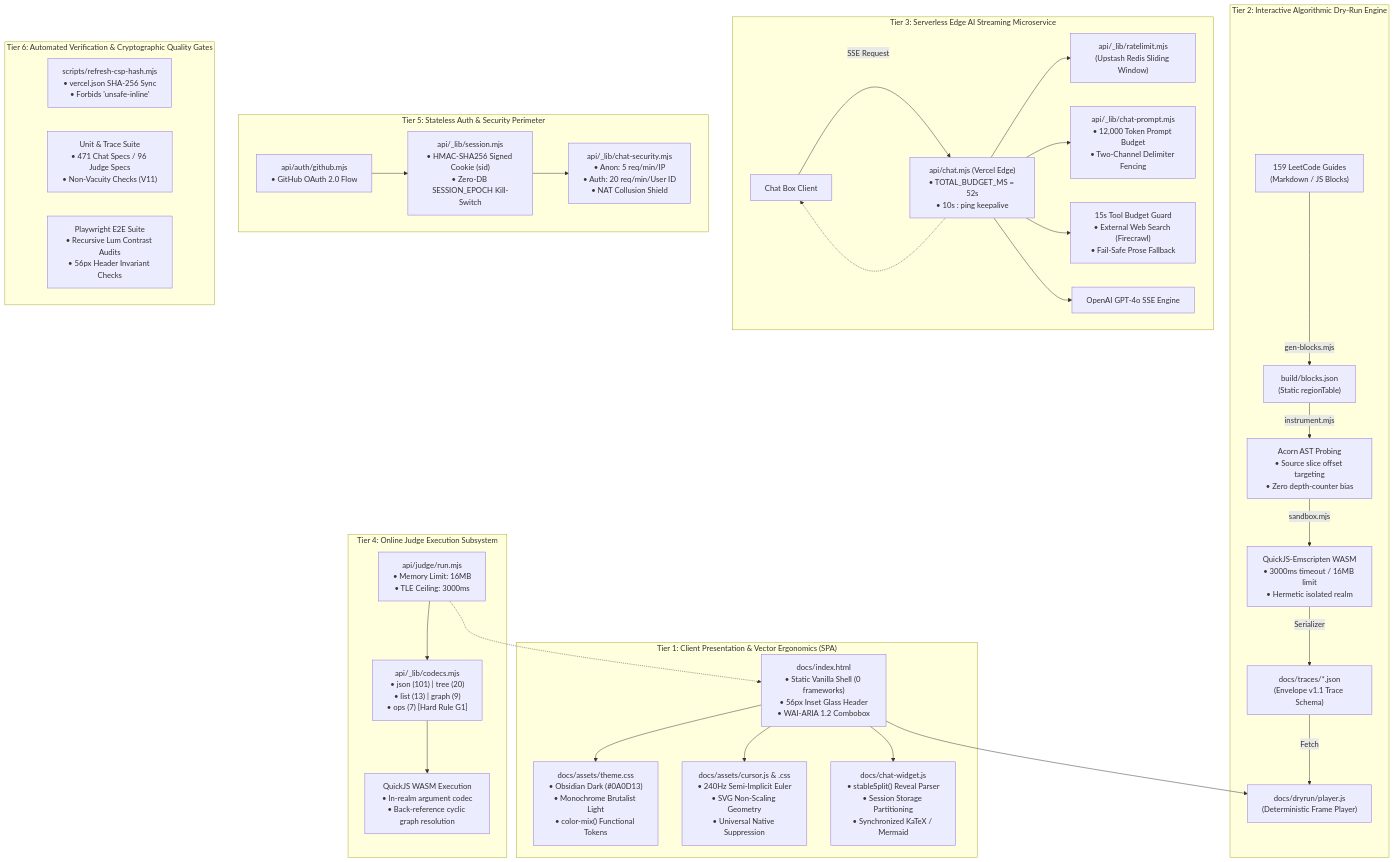
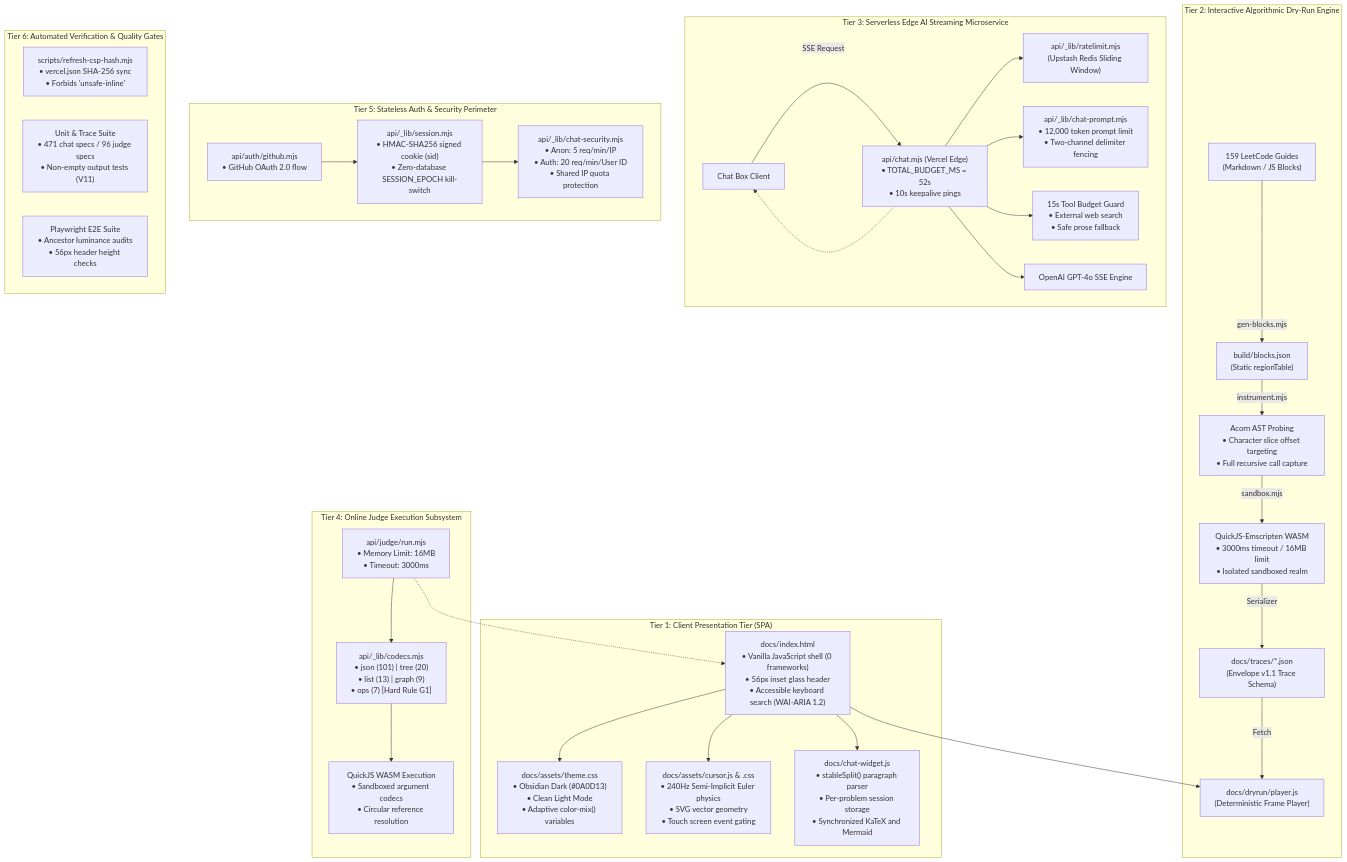
One commit to mjzd7/leetcode-top-interview-150-javascript changed the first of 3 diagrams in docs/PROJECT_ARCHITECTURE_AND_DECISIONS.md. Above: the diagram before and after it, drawn with Mermaid. The commit also changed other lines of this file and 14 other files, not shown here.

Commit message:
feat(arch): humanize architecture suite and achieve full nav & chat parity

````diff
--- a/docs/PROJECT_ARCHITECTURE_AND_DECISIONS.md
+++ b/docs/PROJECT_ARCHITECTURE_AND_DECISIONS.md
@@ -33,48 +33,48 @@
 ```mermaid
 flowchart TD
-  subgraph Client ["Tier 1: Client Presentation & Vector Ergonomics (SPA)"]
-    HTML["docs/index.html<br/>• Static Vanilla Shell (0 frameworks)<br/>• 56px Inset Glass Header<br/>• WAI-ARIA 1.2 Combobox"]
-    Theme["docs/assets/theme.css<br/>• Obsidian Dark (#0A0D13)<br/>• Monochrome Brutalist Light<br/>• color-mix() Functional Tokens"]
-    Cursor["docs/assets/cursor.js & .css<br/>• 240Hz Semi-Implicit Euler<br/>• SVG Non-Scaling Geometry<br/>• Universal Native Suppression"]
-    ChatWidget["docs/chat-widget.js<br/>• stableSplit() Reveal Parser<br/>• Session Storage Partitioning<br/>• Synchronized KaTeX / Mermaid"]
+  subgraph Client ["Tier 1: Client Presentation Tier (SPA)"]
+    HTML["docs/index.html<br/>• Vanilla JavaScript shell (0 frameworks)<br/>• 56px inset glass header<br/>• Accessible keyboard search (WAI-ARIA 1.2)"]
+    Theme["docs/assets/theme.css<br/>• Obsidian Dark (#0A0D13)<br/>• Clean Light Mode<br/>• Adaptive color-mix() variables"]
+    Cursor["docs/assets/cursor.js & .css<br/>• 240Hz Semi-Implicit Euler physics<br/>• SVG vector geometry<br/>• Touch screen event gating"]
+    ChatWidget["docs/chat-widget.js<br/>• stableSplit() paragraph parser<br/>• Per-problem session storage<br/>• Synchronized KaTeX and Mermaid"]
   end
 
   subgraph DryRun ["Tier 2: Interactive Algorithmic Dry-Run Engine"]
     MarkdownGuides["159 LeetCode Guides<br/>(Markdown / JS Blocks)"] -->|gen-blocks.mjs| BlocksJSON["build/blocks.json<br/>(Static regionTable)"]
-    BlocksJSON -->|instrument.mjs| ASTProbe["Acorn AST Probing<br/>• Source slice offset targeting<br/>• Zero depth-counter bias"]
-    ASTProbe -->|sandbox.mjs| QuickJS["QuickJS-Emscripten WASM<br/>• 3000ms timeout / 16MB limit<br/>• Hermetic isolated realm"]
+    BlocksJSON -->|instrument.mjs| ASTProbe["Acorn AST Probing<br/>• Character slice offset targeting<br/>• Full recursive call capture"]
+    ASTProbe -->|sandbox.mjs| QuickJS["QuickJS-Emscripten WASM<br/>• 3000ms timeout / 16MB limit<br/>• Isolated sandboxed realm"]
     QuickJS -->|Serializer| TracesJSON["docs/traces/*.json<br/>(Envelope v1.1 Trace Schema)"]
     TracesJSON -->|Fetch| Player["docs/dryrun/player.js<br/>(Deterministic Frame Player)"]
   end
 
   subgraph EdgeAI ["Tier 3: Serverless Edge AI Streaming Microservice"]
-    ClientChat["Chat Box Client"] -->|SSE Request| EdgeRoute["api/chat.mjs (Vercel Edge)<br/>• TOTAL_BUDGET_MS = 52s<br/>• 10s : ping keepalive"]
+    ClientChat["Chat Box Client"] -->|SSE Request| EdgeRoute["api/chat.mjs (Vercel Edge)<br/>• TOTAL_BUDGET_MS = 52s<br/>• 10s keepalive pings"]
     EdgeRoute --> RateLimiter["api/_lib/ratelimit.mjs<br/>(Upstash Redis Sliding Window)"]
-    EdgeRoute --> PromptEngine["api/_lib/chat-prompt.mjs<br/>• 12,000 Token Prompt Budget<br/>• Two-Channel Delimiter Fencing"]
-    EdgeRoute --> ToolReserve["15s Tool Budget Guard<br/>• External Web Search (Firecrawl)<br/>• Fail-Safe Prose Fallback"]
+    EdgeRoute --> PromptEngine["api/_lib/chat-prompt.mjs<br/>• 12,000 token prompt limit<br/>• Two-channel delimiter fencing"]
+    EdgeRoute --> ToolReserve["15s Tool Budget Guard<br/>• External web search<br/>• Safe prose fallback"]
     EdgeRoute --> OpenAI["OpenAI GPT-4o SSE Engine"]
   end
 
   subgraph OnlineJudge ["Tier 4: Online Judge Execution Subsystem"]
-    JudgeRoute["api/judge/run.mjs<br/>• Memory Limit: 16MB<br/>• TLE Ceiling: 3000ms"] --> Codecs["api/_lib/codecs.mjs<br/>• json (101) | tree (20)<br/>• list (13) | graph (9)<br/>• ops (7) [Hard Rule G1]"]
-    Codecs --> SandboxWASM["QuickJS WASM Execution<br/>• In-realm argument codec<br/>• Back-reference cyclic graph resolution"]
+    JudgeRoute["api/judge/run.mjs<br/>• Memory Limit: 16MB<br/>• Timeout: 3000ms"] --> Codecs["api/_lib/codecs.mjs<br/>• json (101) | tree (20)<br/>• list (13) | graph (9)<br/>• ops (7) [Hard Rule G1]"]
+    Codecs --> SandboxWASM["QuickJS WASM Execution<br/>• Sandboxed argument codecs<br/>• Circular reference resolution"]
   end
 
   subgraph SecurityAuth ["Tier 5: Stateless Auth & Security Perimeter"]
-    OAuth["api/auth/github.mjs<br/>• GitHub OAuth 2.0 Flow"] --> Session["api/_lib/session.mjs<br/>• HMAC-SHA256 Signed Cookie (sid)<br/>• Zero-DB SESSION_EPOCH Kill-Switch"]
-    Session --> LimiterTier["api/_lib/chat-security.mjs<br/>• Anon: 5 req/min/IP<br/>• Auth: 20 req/min/User ID<br/>• NAT Collusion Shield"]
+    OAuth["api/auth/github.mjs<br/>• GitHub OAuth 2.0 flow"] --> Session["api/_lib/session.mjs<br/>• HMAC-SHA256 signed cookie (sid)<br/>• Zero-database SESSION_EPOCH kill-switch"]
+    Session --> LimiterTier["api/_lib/chat-security.mjs<br/>• Anon: 5 req/min/IP<br/>• Auth: 20 req/min/User ID<br/>• Shared IP quota protection"]
   end
 
-  subgraph VerificationGates ["Tier 6: Automated Verification & Cryptographic Quality Gates"]
-    CSP["scripts/refresh-csp-hash.mjs<br/>• vercel.json SHA-256 Sync<br/>• Forbids 'unsafe-inline'"]
-    UnitSuite["Unit & Trace Suite<br/>• 471 Chat Specs / 96 Judge Specs<br/>• Non-Vacuity Checks (V11)"]
-    Playwright["Playwright E2E Suite<br/>• Recursive Lum Contrast Audits<br/>• 56px Header Invariant Checks"]
+  subgraph VerificationGates ["Tier 6: Automated Verification & Quality Gates"]
+    CSP["scripts/refresh-csp-hash.mjs<br/>• vercel.json SHA-256 sync<br/>• Forbids 'unsafe-inline'"]
+    UnitSuite["Unit & Trace Suite<br/>• 471 chat specs / 96 judge specs<br/>• Non-empty output tests (V11)"]
+    Playwright["Playwright E2E Suite<br/>• Ancestor luminance audits<br/>• 56px header height checks"]
   end
 
   HTML --> Theme
   HTML --> Cursor
   HTML --> ChatWidget
   HTML --> Player
   EdgeRoute -.-> ClientChat
   JudgeRoute -.-> HTML
 ```
````
